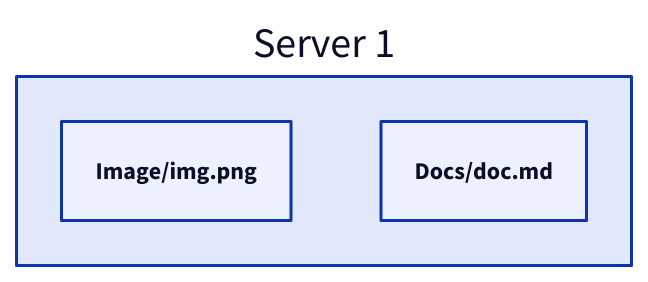
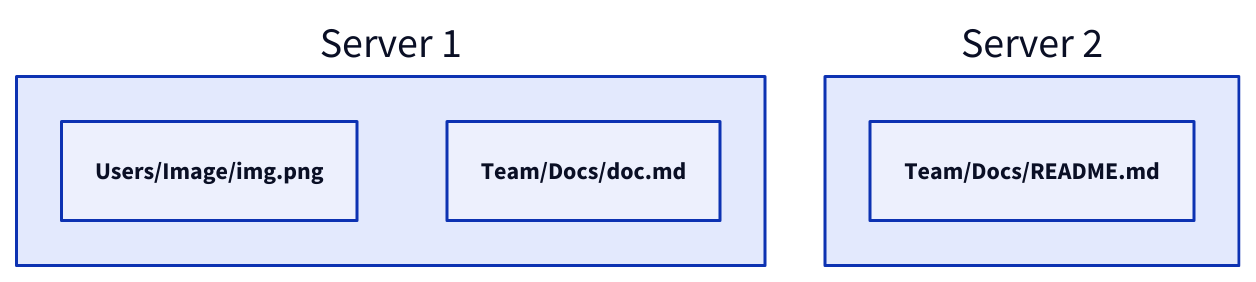
One commit to link1905/system-design-101 changed the fourth of 19 diagrams in content/docs/data-persistence/media-storage.md. Above: the diagram before and after it, drawn with D2. The commit also changed other lines of this file and 7 other files, not shown here.

````diff
--- a/content/docs/data-persistence/media-storage.md
+++ b/content/docs/data-persistence/media-storage.md
@@ -120,10 +122,15 @@
 ```d2
 s1: Server 1 {
-  "Image/img.png": {
+  "Users/Image/img.png": {
     class: file
   }
-  "Docs/doc.md": {
+  "Team/Docs/doc.md": {
+    class: file
+  }
+}
+s2: Server 2 {
+  "Team/Docs/README.md": {
     class: file
   }
 }
 ```
````
